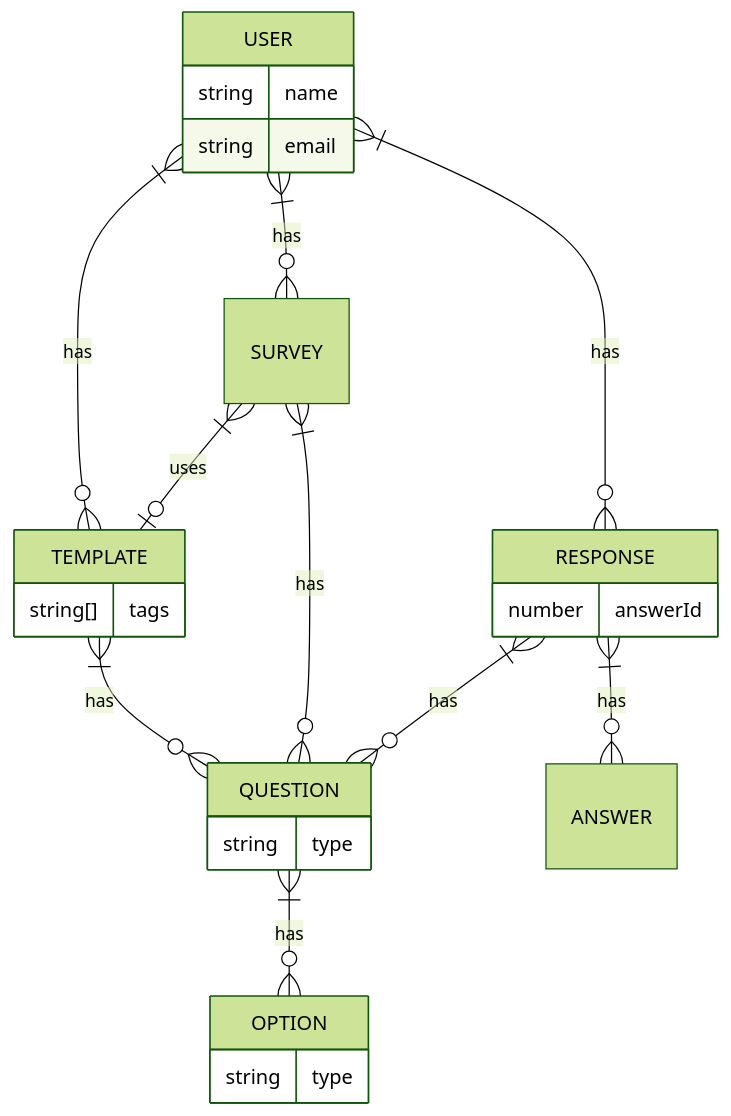
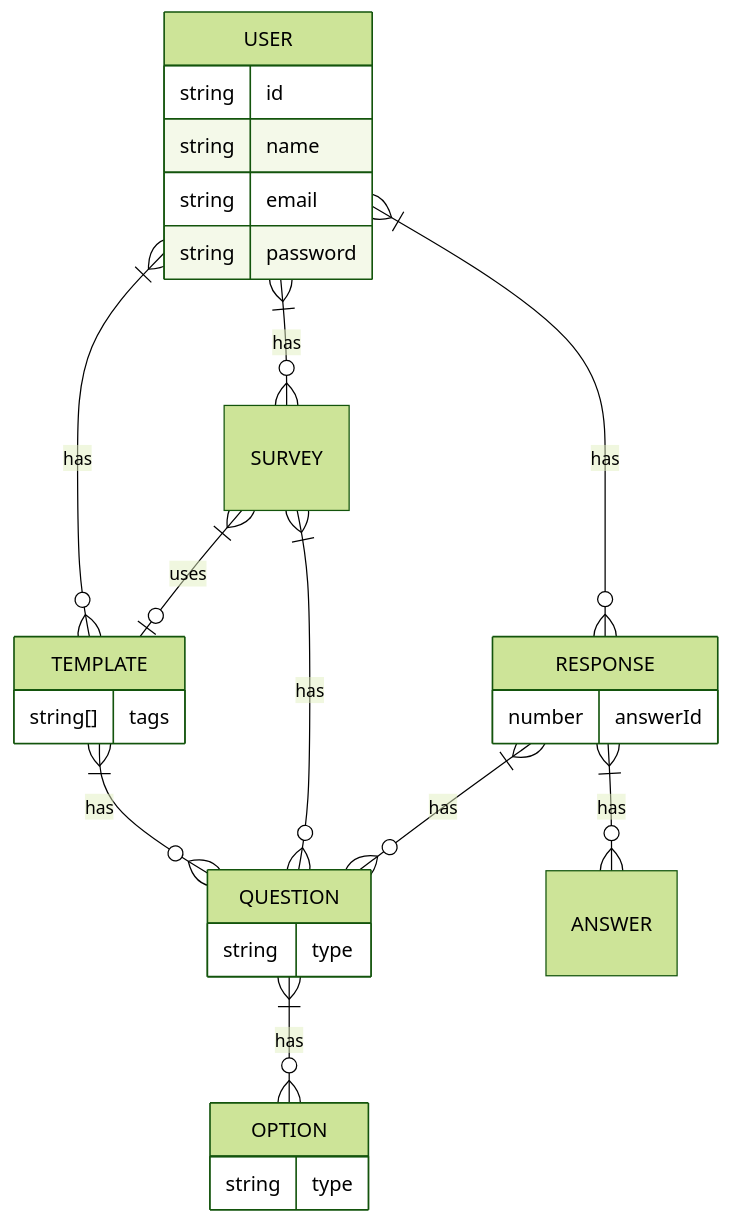
One commit to AmyLeighEddins/survey-maker changed the third of 3 diagrams in README.md. Above: the diagram before and after it, drawn with Mermaid (forest theme). The commit also changed other lines of this file and 38 other files, not shown here.

````diff
--- a/README.md
+++ b/README.md
@@ -79,35 +117,37 @@
 ```mermaid
 erDiagram
   USER }|--o{ TEMPLATE : has
   USER }|--o{ SURVEY : has
   USER }|--o{ RESPONSE : has
   USER {
+    string id
     string name
     string email
+    string password
   }
 
   TEMPLATE }|--o{ QUESTION : has
   TEMPLATE {
     string[] tags
   }
 
   SURVEY }|--o{ QUESTION : has
   SURVEY }|--o| TEMPLATE : uses
   SURVEY {
 
   }
 
   RESPONSE }|--o{ QUESTION : has
   RESPONSE }|--o{ ANSWER : has
   RESPONSE {
     number answerId
   }
 
   QUESTION }|--o{ OPTION : has
   QUESTION {
     string type
   }
   OPTION {
     string type
   }
 ```
````
